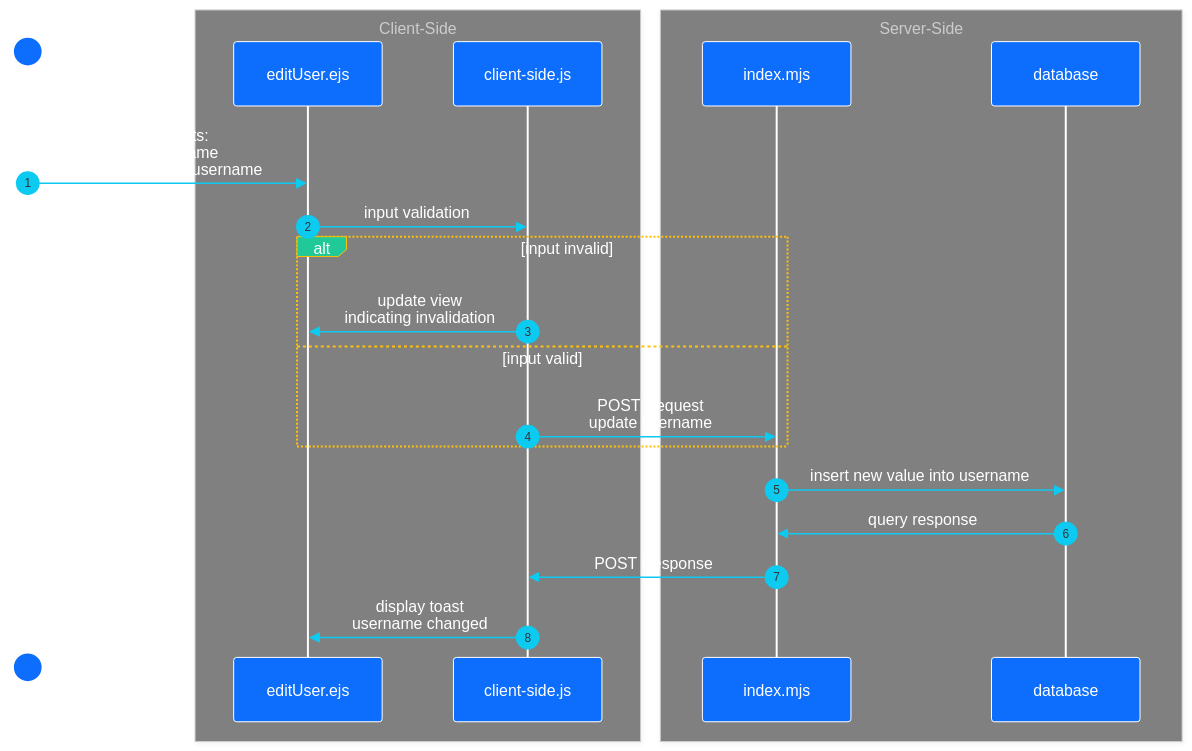
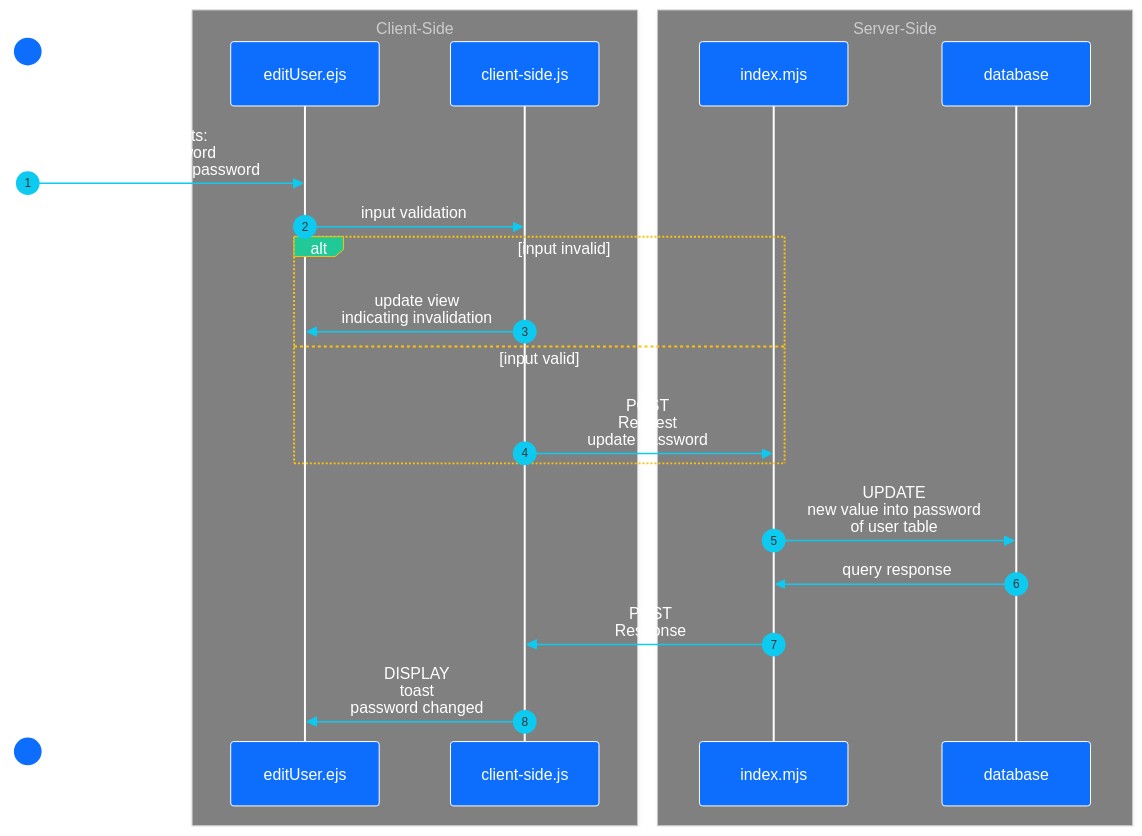
One commit to cTangonan123/rotten-potatoes changed the sixth of 8 diagrams in docs/plan/diagrams/state.md. Above: the diagram before and after it, drawn with Mermaid. The commit also changed other lines of this file and 4 other files, not shown here.

````diff
--- a/docs/plan/diagrams/state.md
+++ b/docs/plan/diagrams/state.md
@@ -274,48 +283,48 @@
 ```mermaid
 ---
 config:
   theme: neo-dark
   themeVariables:
     actorBkg: "#0d6efd"
     actorBorder: white
     actorTextColor: white
     primaryColor: "#0d6efd"
     signalColor: "#0dcaf0"
     #sequenceNumberColor: "#0dcaf0"
     signalTextColor: white
     labelBoxBkgColor: "#20c997"
     labelBoxBorderColor: "#ffc107"
     labelTextColor: white
     loopTextColor: white  
 ---
 sequenceDiagram
   actor U as User
   #participant altV as movieDescription.ejs
   participant V as editUser.ejs
   participant cJS as client-side.js
   participant SS as index.mjs
   participant DB as database
   #participant API as omdb's API
   autonumber
-  U ->> V: User inputs:<br>new username<br>clicks Update for username
+  U ->> V: User inputs:<br>new password<br>clicks Update for password
   V->>cJS: input validation
   alt input invalid
     cJS->>V: update view<br>indicating invalidation
   else input valid
-    cJS->>SS: POST Request<br>update username
+    cJS->>SS: POST<br>Request<br>update password
   end
-  SS->>DB: insert new value into username
+  SS->>DB: UPDATE<br>new value into password<br>of user table
   DB->>SS: query response
-  SS->>cJS: POST Response
-  cJS->>V: display toast<br>username changed
+  SS->>cJS: POST<br>Response
+  cJS->>V: DISPLAY<br> toast<br>password changed
   box grey Client-Side
     #participant altV
     participant V
     participant cJS
   end
   box grey Server-Side
     participant SS
     participant DB
   end
 
 ```
````
